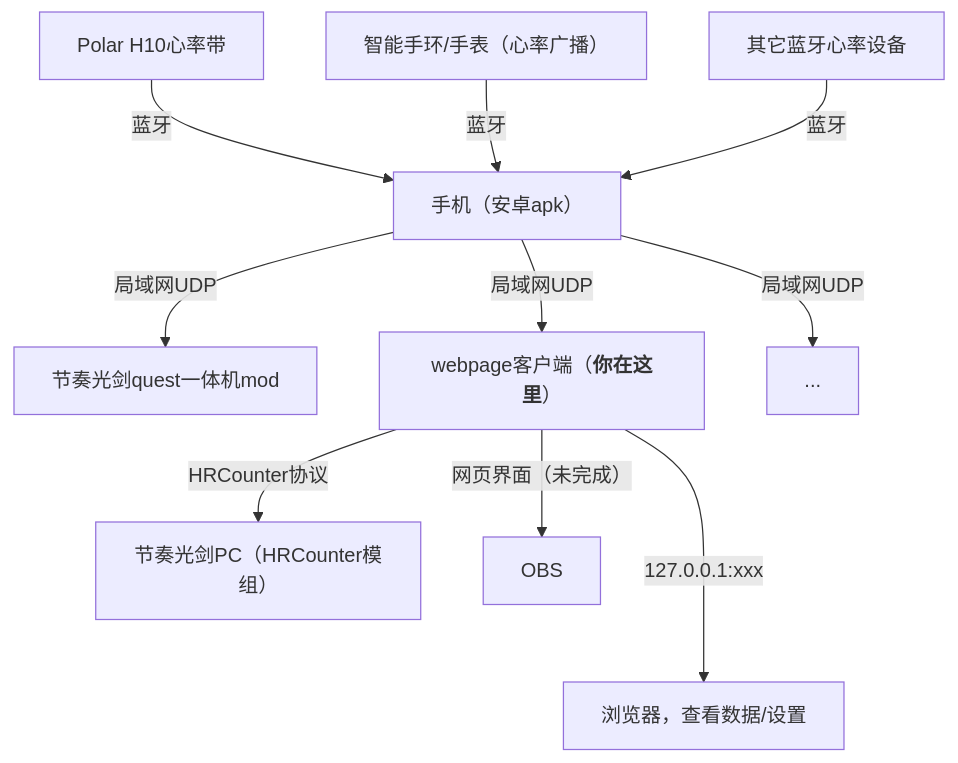
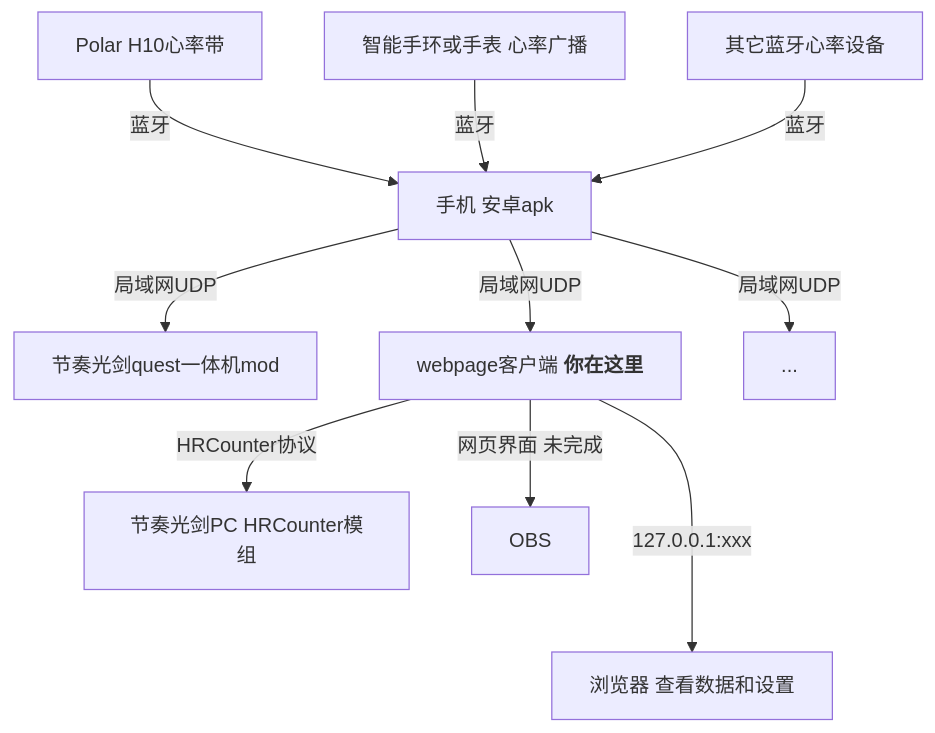
One commit to frto027/HeartbeatLanClient changed the diagram in README.cn.md. Above: the diagram before and after it, drawn with Mermaid.

````diff
--- a/README.cn.md
+++ b/README.cn.md
@@ -27,23 +27,23 @@
 ```mermaid
 graph TD;
     POLAR_H10[Polar H10心率带]
-    SMART_WATCH[智能手环/手表（心率广播）]
+    SMART_WATCH[智能手环或手表 心率广播]
     BLE_DEV[其它蓝牙心率设备]
-    PHONE[手机（安卓apk）]
+    PHONE[手机 安卓apk]
     BEATSABER[节奏光剑quest一体机mod]
-    PCAPP[webpage客户端（<b>你在这里</b>）]
-    BEATSABER_PC[节奏光剑PC（HRCounter模组）]
-    BROWSER[浏览器，查看数据/设置]
+    PCAPP[webpage客户端 <b>你在这里</b>]
+    BEATSABER_PC[节奏光剑PC HRCounter模组]
+    BROWSER[浏览器 查看数据和设置]
 
     POLAR_H10--蓝牙-->PHONE;
     SMART_WATCH--蓝牙-->PHONE;
     BLE_DEV--蓝牙-->PHONE;
     PHONE--局域网UDP-->BEATSABER;
     PHONE--局域网UDP-->PCAPP;
     PHONE--局域网UDP-->...;
 
     PCAPP--127.0.0.1:xxxx-->BROWSER;
     PCAPP--HRCounter协议-->BEATSABER_PC;
-    PCAPP--网页界面（未完成）-->OBS
+    PCAPP--网页界面 未完成-->OBS
 
 ```
````
